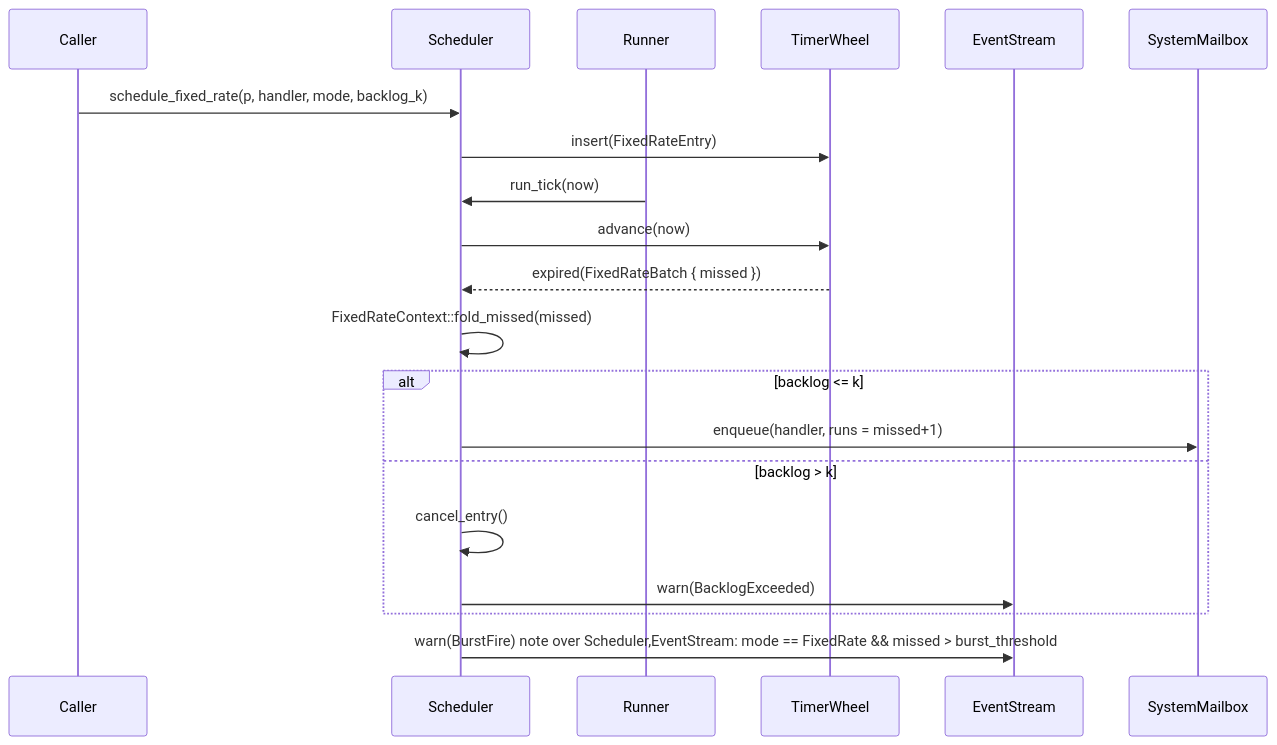
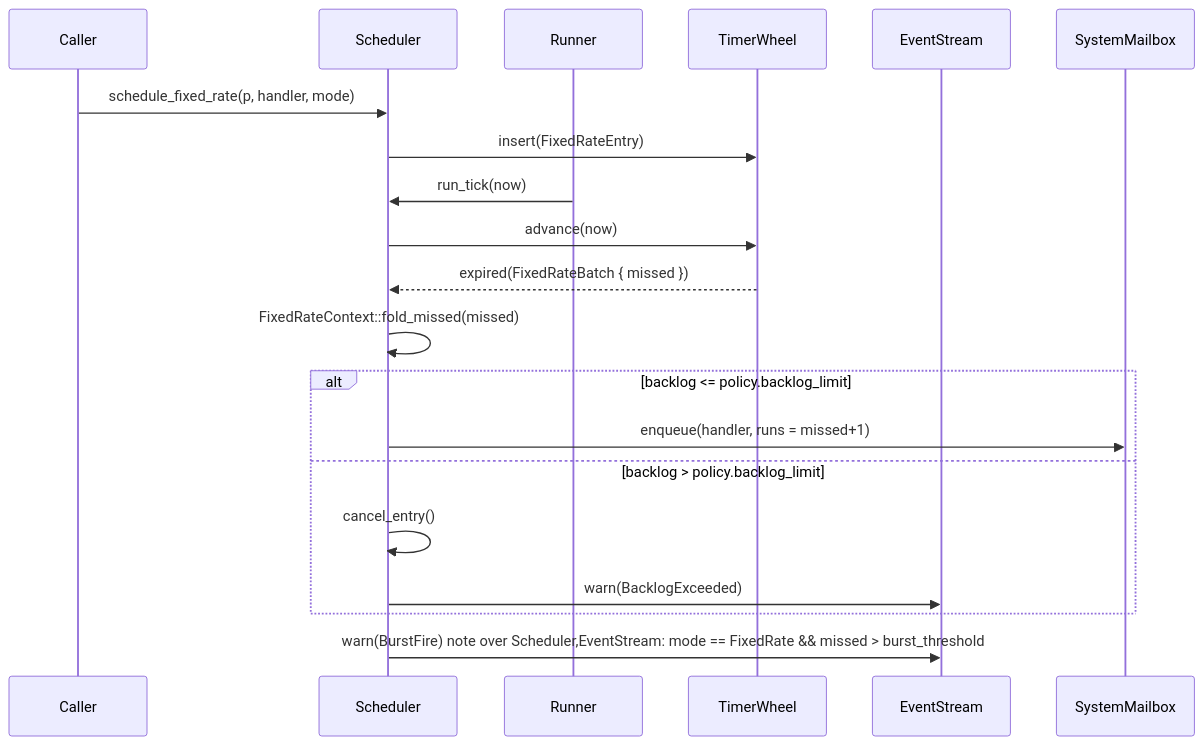
The sixth of 6 diagrams in .kiro/specs/pekko-compatible-scheduler/design.md (j5ik2o/fraktor-rs), drawn with Mermaid before and after one commit. The commit also changed other lines of this file, not shown here.

Commit message:
feat: enhance Scheduler with ToolboxTimerDriver and fixed-rate policies

````diff
--- a/.kiro/specs/pekko-compatible-scheduler/design.md
+++ b/.kiro/specs/pekko-compatible-scheduler/design.md
@@ -267,21 +326,21 @@
 ```mermaid
 sequenceDiagram
   participant Caller
   participant Scheduler
   participant Runner
   participant TimerWheel
   participant EventStream
-  Caller->>Scheduler: schedule_fixed_rate(p, handler, mode, backlog_k)
+  Caller->>Scheduler: schedule_fixed_rate(p, handler, mode)
   Scheduler->>TimerWheel: insert(FixedRateEntry)
   Runner->>Scheduler: run_tick(now)
   Scheduler->>TimerWheel: advance(now)
   TimerWheel-->>Scheduler: expired(FixedRateBatch { missed })
   Scheduler->>Scheduler: FixedRateContext::fold_missed(missed)
-  alt backlog <= k
+  alt backlog <= policy.backlog_limit
     Scheduler->>SystemMailbox: enqueue(handler, runs = missed+1)
-  else backlog > k
+  else backlog > policy.backlog_limit
     Scheduler->>Scheduler: cancel_entry()
     Scheduler->>EventStream: warn(BacklogExceeded)
   end
   Scheduler->>EventStream: warn(BurstFire) note over Scheduler,EventStream: mode == FixedRate && missed > burst_threshold
 ```
````
